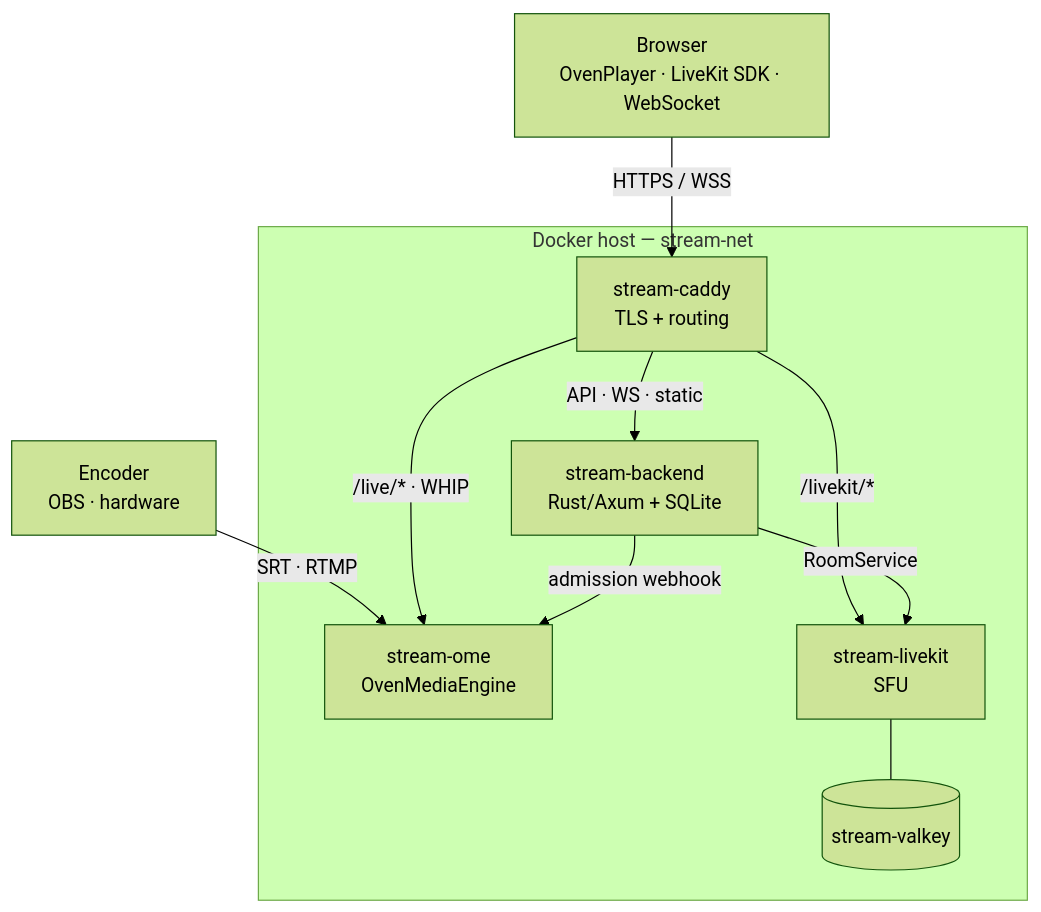
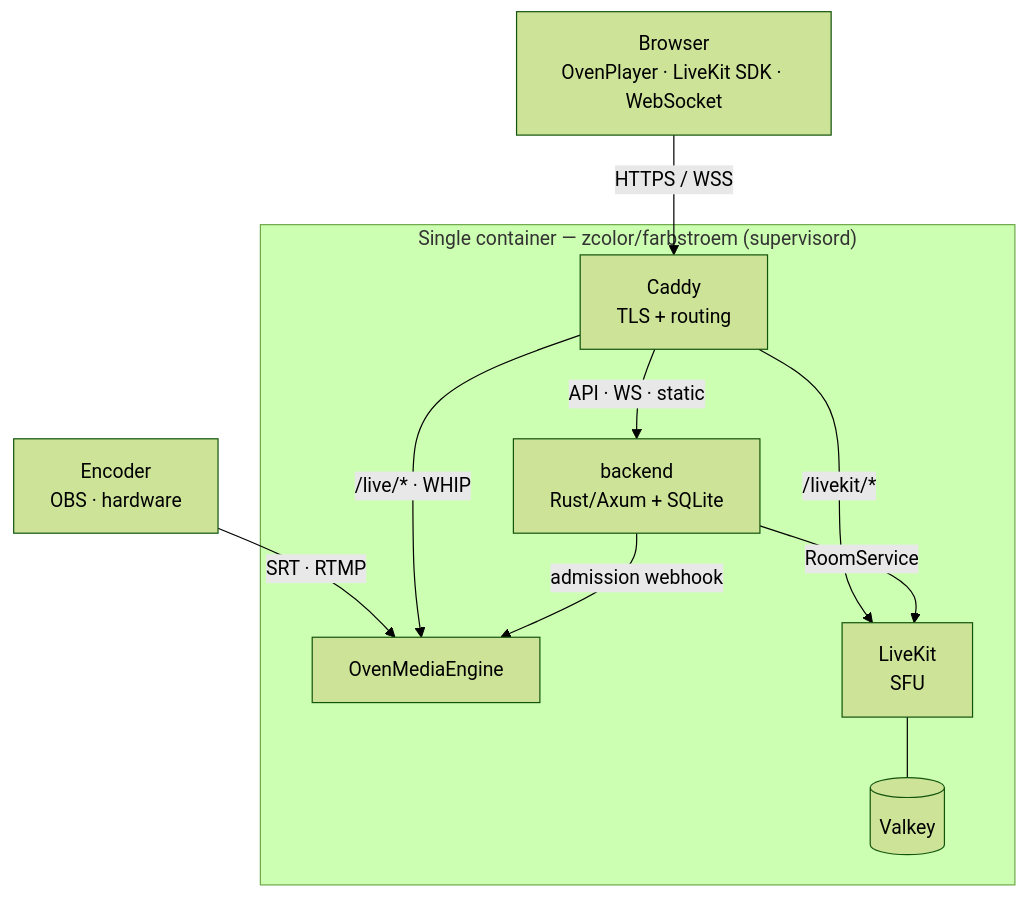
Before and after one commit to farbhaus/Farbstroem: the diagram in README.md, drawn with Mermaid (forest theme). The commit also changed other lines of this file and 13 other files, not shown here.

First line of the commit message:
fix(docker): make the single-container image boot, secure & production-ready

````diff
--- a/README.md
+++ b/README.md
@@ -7,24 +7,24 @@
 ```mermaid
 flowchart TB
     Encoder["Encoder<br/>OBS · hardware"]
     Browser["Browser<br/>OvenPlayer · LiveKit SDK · WebSocket"]
 
-    subgraph host["Docker host — stream-net"]
-        Caddy["stream-caddy<br/>TLS + routing"]
-        Backend["stream-backend<br/>Rust/Axum + SQLite"]
-        OME["stream-ome<br/>OvenMediaEngine"]
-        LK["stream-livekit<br/>SFU"]
-        Valkey[("stream-valkey")]
+    subgraph host["Single container — zcolor/farbstroem (supervisord)"]
+        Caddy["Caddy<br/>TLS + routing"]
+        Backend["backend<br/>Rust/Axum + SQLite"]
+        OME["OvenMediaEngine"]
+        LK["LiveKit<br/>SFU"]
+        Valkey[("Valkey")]
     end
 
     Encoder -->|"SRT · RTMP"| OME
     Browser -->|HTTPS / WSS| Caddy
 
     Caddy -->|"/live/* · WHIP"| OME
     Caddy -->|"/livekit/*"| LK
     Caddy -->|"API · WS · static"| Backend
 
     Backend -->|RoomService| LK
     Backend -->|admission webhook| OME
     LK --- Valkey
 ```
````
